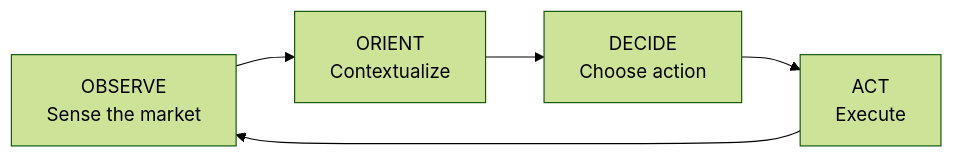
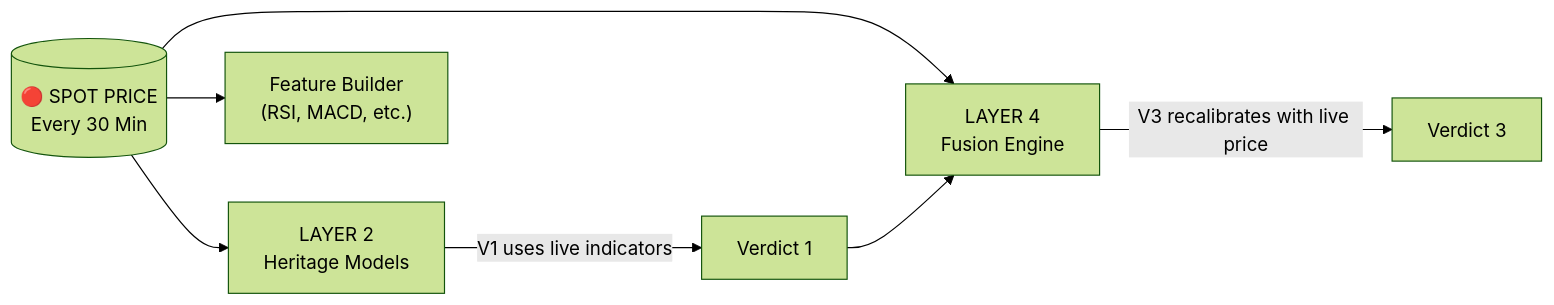
The second of 3 diagrams in README.md (pravindev666/Tradyx-Aleph), drawn with Mermaid (forest theme) before and after one commit. The commit also changed other lines of this file, not shown here.

````diff
--- a/README.md
+++ b/README.md
@@ -33,7 +71,10 @@
 ```mermaid
-graph LR
-    O[OBSERVE<br/>Sense the market] --> O2[ORIENT<br/>Contextualize]
-    O2 --> D[DECIDE<br/>Choose action]
-    D --> A[ACT<br/>Execute]
-    A --> O
+flowchart LR
+    SPOT[("🔴 SPOT PRICE<br/>Every 30 Min")] --> L2["LAYER 2<br/>Heritage Models"]
+    SPOT --> L4["LAYER 4<br/>Fusion Engine"]
+    SPOT --> FEATURES["Feature Builder<br/>(RSI, MACD, etc.)"]
+    
+    L2 --> |"V1 uses live indicators"| V1[Verdict 1]
+    V1 --> L4
+    L4 --> |"V3 recalibrates with live price"| V3[Verdict 3]
 ```
````
